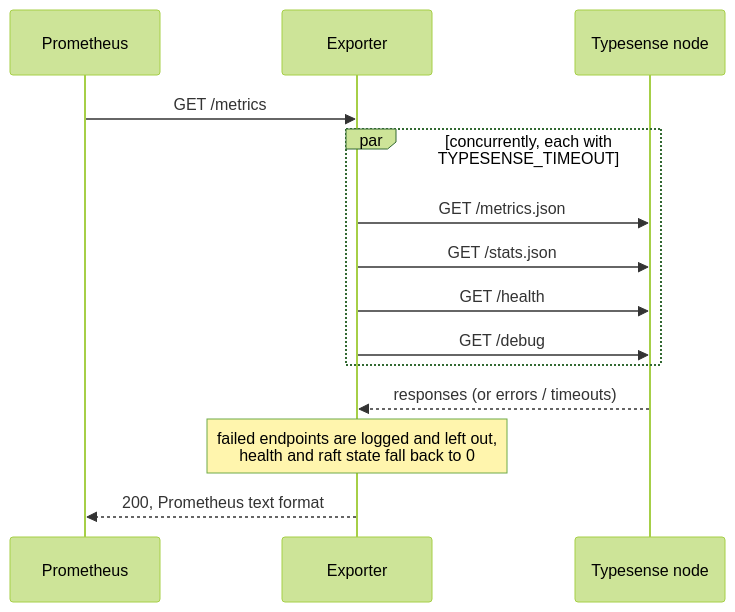
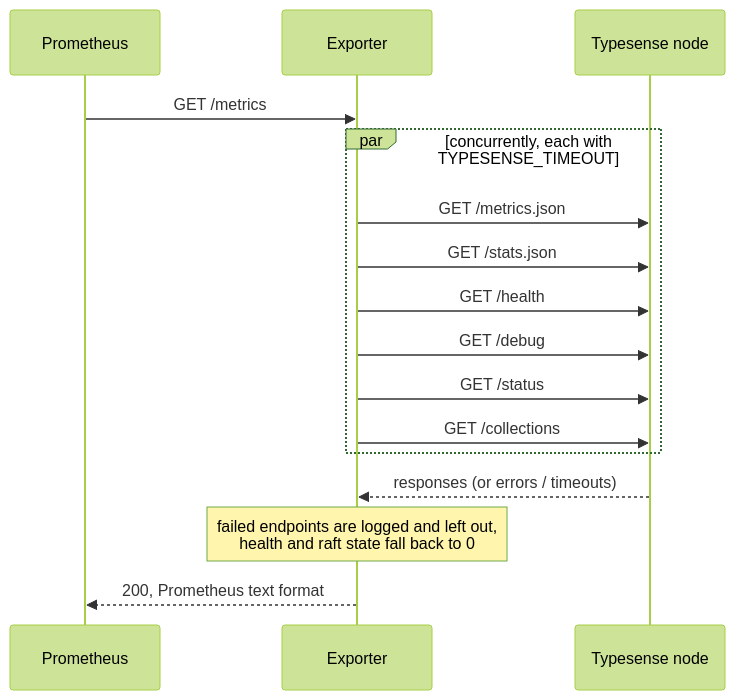
Before and after one commit to imatefx/typesense-prometheus-exporter: the second of 3 diagrams in docs/architecture.md, drawn with Mermaid (forest theme). The commit also changed other lines of this file and 6 other files, not shown here.

````diff
--- a/docs/architecture.md
+++ b/docs/architecture.md
@@ -25,16 +25,18 @@
 ```mermaid
 sequenceDiagram
     participant P as Prometheus
     participant E as Exporter
     participant T as Typesense node
     P->>E: GET /metrics
     par concurrently, each with TYPESENSE_TIMEOUT
         E->>T: GET /metrics.json
         E->>T: GET /stats.json
         E->>T: GET /health
         E->>T: GET /debug
+        E->>T: GET /status
+        E->>T: GET /collections
     end
     T-->>E: responses (or errors / timeouts)
     Note over E: failed endpoints are logged and left out,<br/>health and raft state fall back to 0
     E-->>P: 200, Prometheus text format
 ```
````
